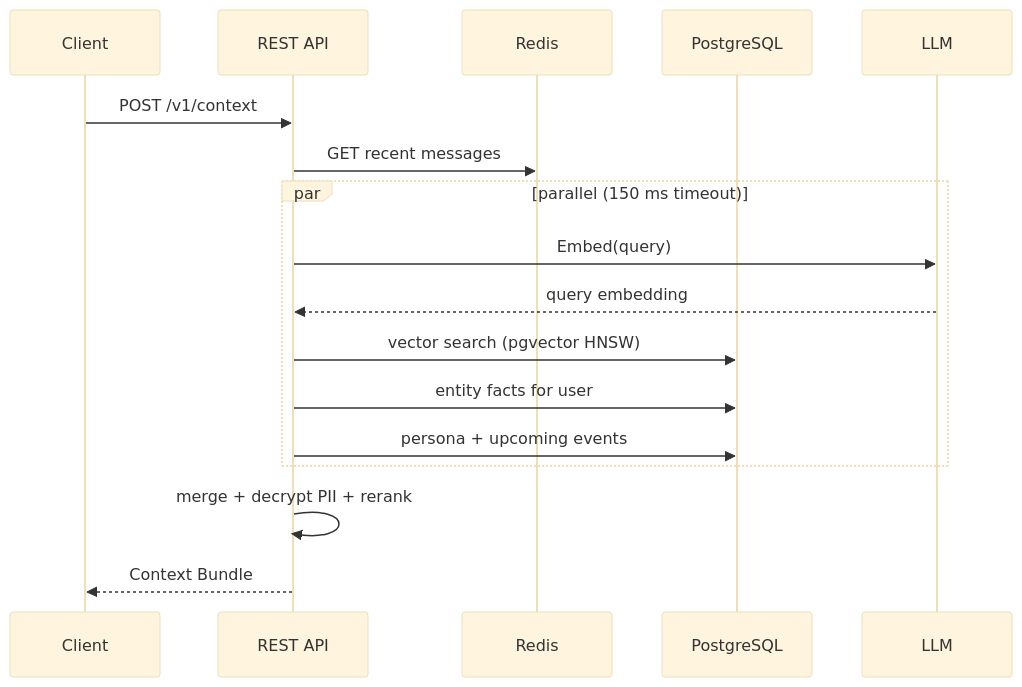
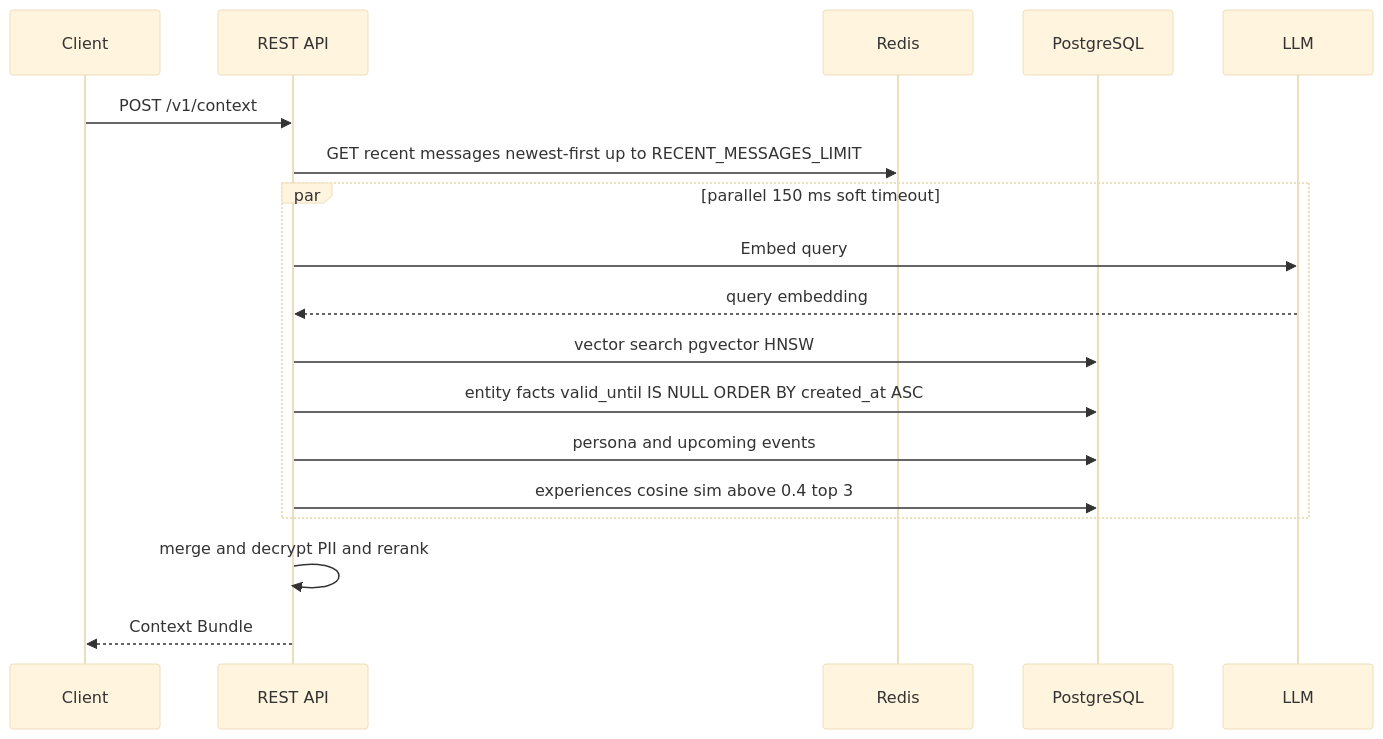
One commit to ngoctuhan/Cortexa changed the second of 2 diagrams in README.md. Above: the diagram before and after it, drawn with Mermaid (base theme). The commit also changed other lines of this file and 15 other files, not shown here.

````diff
--- a/README.md
+++ b/README.md
@@ -116,22 +97,23 @@
 ```mermaid
 sequenceDiagram
     participant Client
     participant API as REST API
     participant Cache as Redis
     participant DB as PostgreSQL
     participant LLM
 
     Client->>API: POST /v1/context
-    API->>Cache: GET recent messages
+    API->>Cache: GET recent messages newest-first up to RECENT_MESSAGES_LIMIT
 
-    par parallel (150 ms timeout)
-        API->>LLM: Embed(query)
+    par parallel 150 ms soft timeout
+        API->>LLM: Embed query
         LLM-->>API: query embedding
-        API->>DB: vector search (pgvector HNSW)
-        API->>DB: entity facts for user
-        API->>DB: persona + upcoming events
+        API->>DB: vector search pgvector HNSW
+        API->>DB: entity facts valid_until IS NULL ORDER BY created_at ASC
+        API->>DB: persona and upcoming events
+        API->>DB: experiences cosine sim above 0.4 top 3
     end
 
-    API->>API: merge + decrypt PII + rerank
+    API->>API: merge and decrypt PII and rerank
     API-->>Client: Context Bundle
 ```
````
